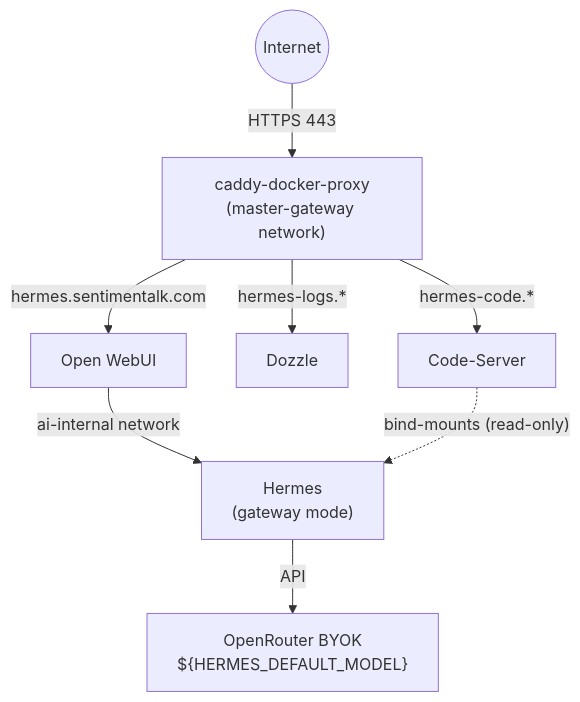
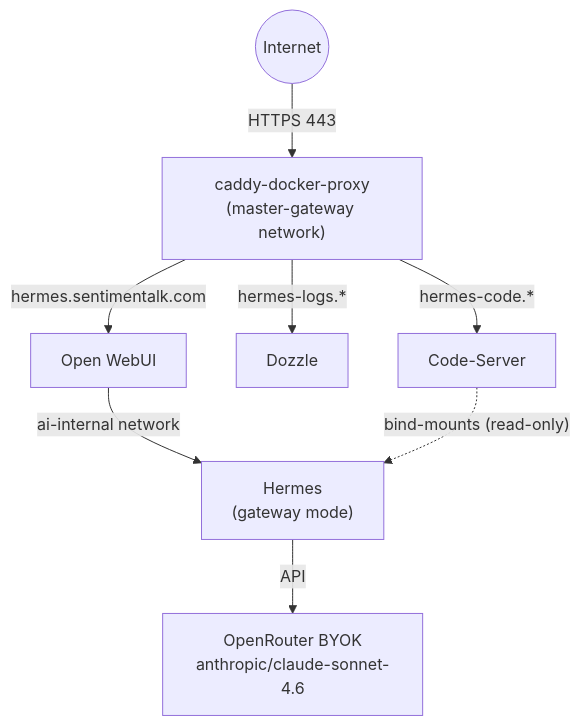
Before and after one commit to SentimentalK/Hermes: the diagram in README.md, drawn with Mermaid. The commit also changed other lines of this file and 3 other files, not shown here.

````diff
--- a/README.md
+++ b/README.md
@@ -9,14 +9,14 @@
 ```mermaid
 flowchart TD
     Internet(("Internet")) -->|"HTTPS 443"| Caddy["caddy-docker-proxy<br/>(master-gateway network)"]
     
     Caddy -->|"hermes.sentimentalk.com"| WebUI["Open WebUI"]
     Caddy -->|"hermes-logs.*"| Dozzle["Dozzle"]
     Caddy -->|"hermes-code.*"| CodeServer["Code-Server"]
     
     WebUI -->|"ai-internal network"| Hermes["Hermes<br/>(gateway mode)"]
     
     CodeServer -.->|"bind-mounts (read-only)"| Hermes
     
-    Hermes -->|"API"| OpenRouter["OpenRouter BYOK<br/>${HERMES_DEFAULT_MODEL}"]
+    Hermes -->|"API"| OpenRouter["OpenRouter BYOK<br/>anthropic/claude-sonnet-4.6"]
 ```
````
